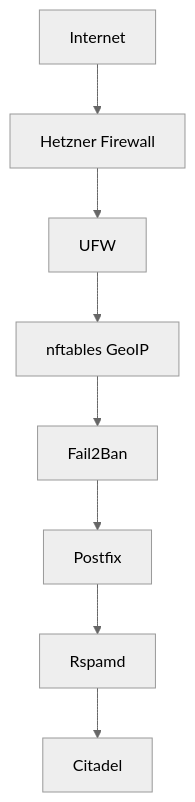
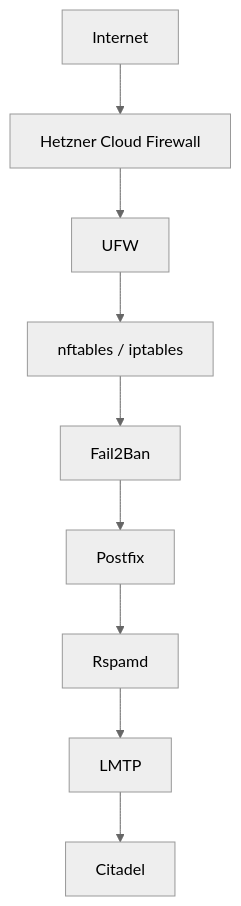
Before and after one commit to A2Micha/modern-citadel-mail-platform: the first of 3 diagrams in docs/security-stack.md, drawn with Mermaid (neutral theme). The commit also changed other lines of this file, not shown here.

````diff
--- a/docs/security-stack.md
+++ b/docs/security-stack.md
@@ -1,10 +25,12 @@
 ```mermaid
 flowchart TD
-    A[Internet] --> B[Hetzner Firewall]
+    A[Internet]
+    A --> B[Hetzner Cloud Firewall]
     B --> C[UFW]
-    C --> D[nftables GeoIP]
+    C --> D[nftables / iptables]
     D --> E[Fail2Ban]
     E --> F[Postfix]
     F --> G[Rspamd]
-    G --> H[Citadel]
+    G --> H[LMTP]
+    H --> I[Citadel]
 ```
````
